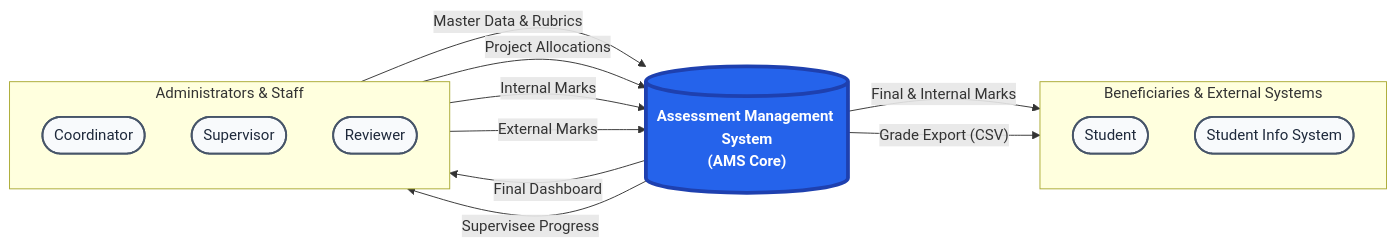
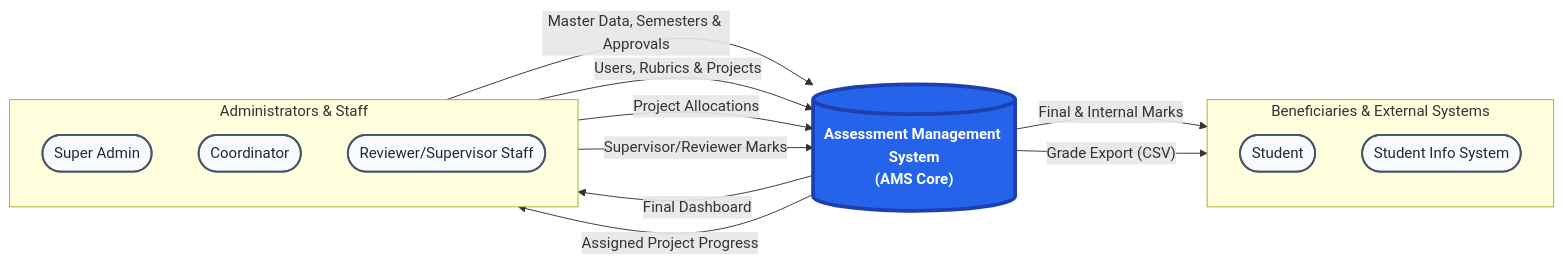
One commit to shahadAlhadhrami/AMS changed the first of 2 diagrams in systemDocs/DFD.md. Above: the diagram before and after it, drawn with Mermaid. The commit also changed other lines of this file and 8 other files, not shown here.

````diff
--- a/systemDocs/DFD.md
+++ b/systemDocs/DFD.md
@@ -8,39 +8,39 @@
 ```mermaid
 flowchart LR
     %% Professional Styling
     classDef system fill:#2563eb,color:#fff,stroke:#1e40af,stroke-width:4px,font-weight:bold;
     classDef entity fill:#f8fafc,stroke:#475569,stroke-width:2px,color:#1e293b;
 
     %% Central System
     System[("Assessment Management System<br>(AMS Core)")]:::system
 
     %% External Entities (Left Side - Inputs)
     subgraph Inputs [Administrators & Staff]
         direction TB
+        Admin([Super Admin]):::entity
         Coord([Coordinator]):::entity
-        Sup([Supervisor]):::entity
-        Rev([Reviewer]):::entity
+        Staff([Reviewer/Supervisor Staff]):::entity
     end
 
     %% External Entities (Right Side - Outputs/Consumers)
     subgraph Outputs [Beneficiaries & External Systems]
         direction TB
         Stu([Student]):::entity
         SIS([Student Info System]):::entity
     end
 
     %% Left Side Data Flows
-    Coord -- "Master Data & Rubrics" --> System
+    Admin -- "Master Data, Semesters & Approvals" --> System
+    Coord -- "Users, Rubrics & Projects" --> System
     Coord -- "Project Allocations" --> System
-    Sup -- "Internal Marks" --> System
-    Rev -- "External Marks" --> System
+    Staff -- "Supervisor/Reviewer Marks" --> System
 
     %% Right Side Data Flows
     System -- "Final Dashboard" --> Coord
-    System -- "Supervisee Progress" --> Sup
+    System -- "Assigned Project Progress" --> Staff
     System -- "Final & Internal Marks" --> Stu
     System -- "Grade Export (CSV)" --> SIS
 
     %% Spacing adjustments
     Inputs ~~~ System ~~~ Outputs
 ```
````
